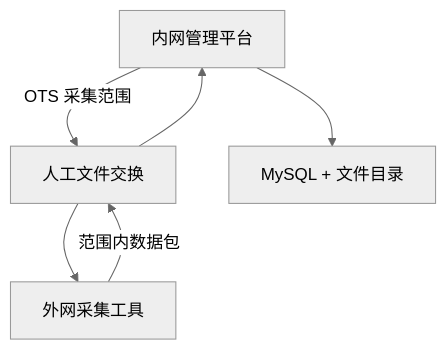
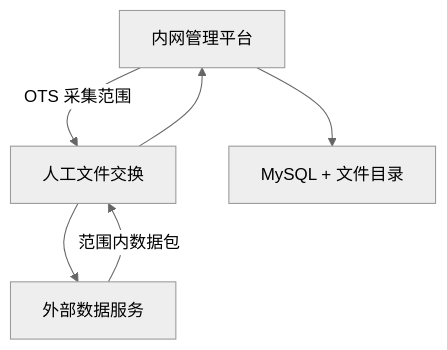
One commit to yileMan/1024Fxxk_Ots changed the first of 3 diagrams in doc/OTS-系统方案-V1.6.md. Above: the diagram before and after it, drawn with Mermaid (neutral theme). The commit also changed other lines of this file and 11 other files, not shown here.

````diff
--- a/doc/OTS-系统方案-V1.6.md
+++ b/doc/OTS-系统方案-V1.6.md
@@ -26,8 +26,8 @@
 ```mermaid
 flowchart TD
     C["内网管理平台"] -->|"OTS 采集范围"| B["人工文件交换"]
-    B --> A["外网采集工具"]
+    B --> A["外部数据服务"]
     A -->|"范围内数据包"| B
     B --> C
     C --> D["MySQL + 文件目录"]
 ```
````
